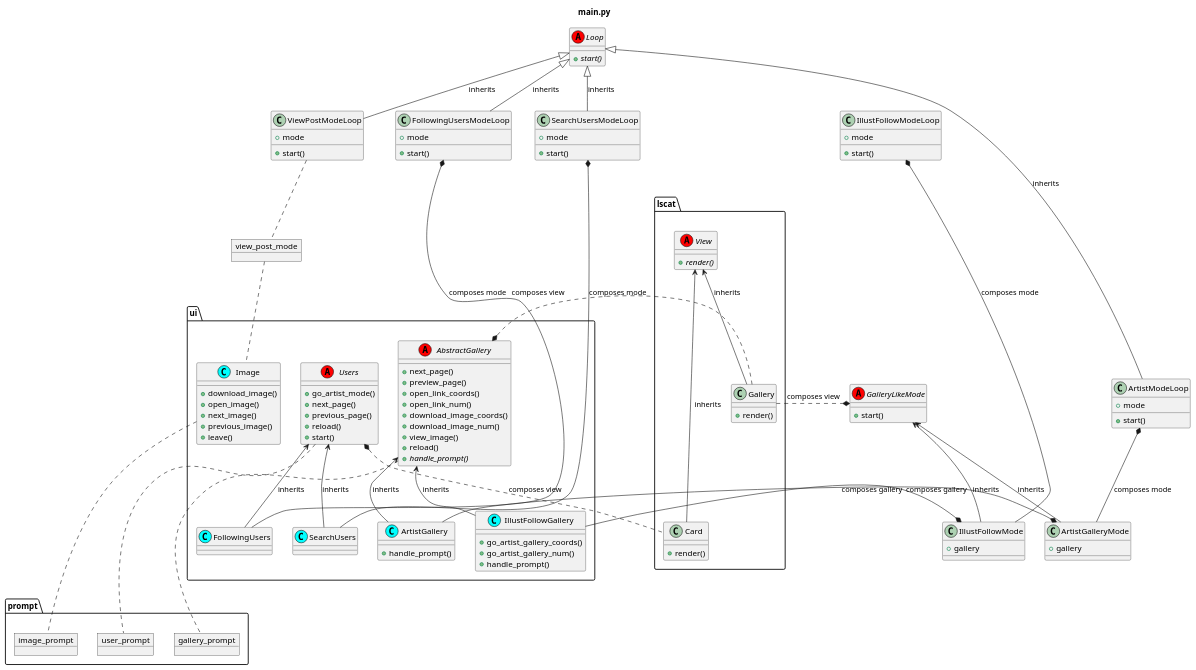
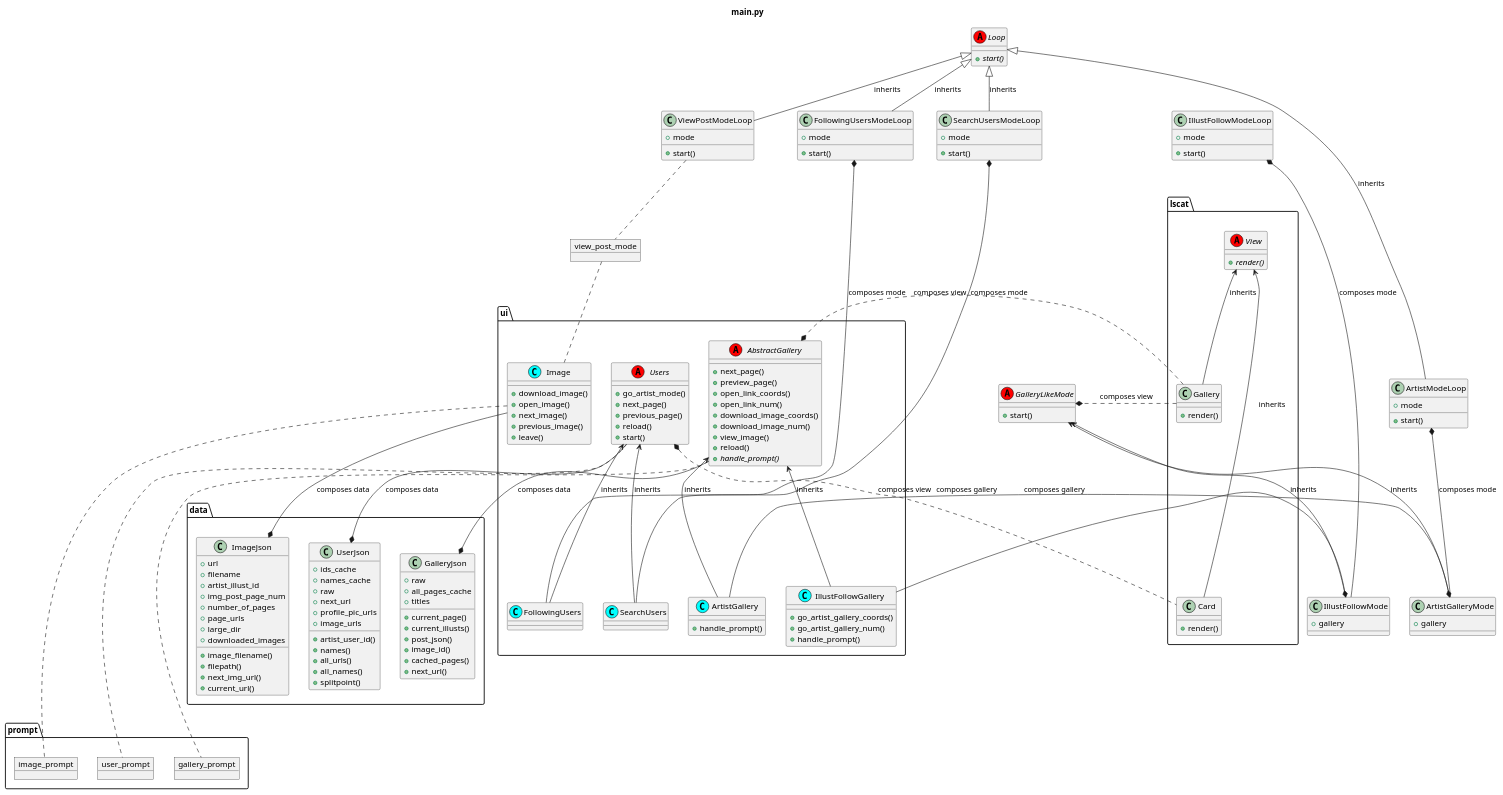
The diagram in classes.puml (akazukin5151/koneko-old), drawn with PlantUML before and after one commit. The commit also changed 3 other files, not shown here.

Commit message:
Flowchart, minor fixes

```diff
--- a/classes.puml
+++ b/classes.puml
@@ -1,148 +1,192 @@
 @startuml
 
 title main.py
 
 abstract class Loop <<(A, red)>>{
   +{abstract}start()
 }
 
 class ArtistModeLoop {
     + mode
     +start()
 }
 class IllustFollowModeLoop {
     + mode
     +start()
 }
 Loop <|-down- ArtistModeLoop: inherits
 Loop <|-down[hidden]- IllustFollowModeLoop: inherits
 
 
 abstract class GalleryLikeMode <<(A, red)>>{
     +start()
 }
 class ArtistGalleryMode {
     + gallery
 }
 class IllustFollowMode {
     + gallery
 }
 abstract class ui.AbstractGallery <<(A, red)>>{
     +next_page()
     +preview_page()
     +open_link_coords()
     +open_link_num()
     +download_image_coords()
     +download_image_num()
     +view_image()
     +reload()
     +{abstract}handle_prompt()
 }
 
 class ui.ArtistGallery <<(C, cyan)>>{
     +handle_prompt()
 }
 class ui.IllustFollowGallery <<(C, cyan)>>{
     +go_artist_gallery_coords()
     +go_artist_gallery_num()
     +handle_prompt()
 }
 GalleryLikeMode <-down- ArtistGalleryMode: inherits
 ArtistModeLoop*-down- ArtistGalleryMode: composes mode
 
 GalleryLikeMode <-down- IllustFollowMode: inherits
 IllustFollowModeLoop*-down- IllustFollowMode: composes mode
 
 ui.AbstractGallery <-down- ui.IllustFollowGallery: inherits
 IllustFollowMode*-down-- ui.IllustFollowGallery: composes gallery
 
 ui.AbstractGallery <-down- ui.ArtistGallery: inherits
 ArtistGalleryMode*-down-- ui.ArtistGallery: composes gallery
 
 ui.ArtistGallery -right[hidden]-> ui.IllustFollowGallery
 
 class ViewPostModeLoop {
     + mode
     +start()
 }
 object view_post_mode
 class ui.Image <<(C, cyan)>>{
     + download_image()
     + open_image()
     + next_image()
     + previous_image()
     + leave()
 }
 
 Loop <|-down- ViewPostModeLoop: inherits
 ViewPostModeLoop .. view_post_mode
 view_post_mode .. ui.Image
 
 
 class FollowingUsersModeLoop {
     + mode
     +start()
 }
 class SearchUsersModeLoop {
     + mode
     +start()
 }
 Loop <|-down- FollowingUsersModeLoop: inherits
 Loop <|-down- SearchUsersModeLoop: inherits
 
 class ui.FollowingUsers <<(C, cyan)>>
 class ui.SearchUsers <<(C, cyan)>>
 abstract class ui.Users <<(A, red)>>{
     +go_artist_mode()
     +next_page()
     +previous_page()
     +reload()
     +start()
 }
 ui.Users <-down- ui.FollowingUsers: inherits
 ui.Users <-down- ui.SearchUsers: inherits
 FollowingUsersModeLoop*-down- ui.FollowingUsers: composes mode
 SearchUsersModeLoop*-down- ui.SearchUsers: composes mode
 
 
 abstract class lscat.View <<(A, red)>>{
     +{abstract}render()
 }
 class lscat.Card {
-    + render()
+    +render()
 }
 class lscat.Gallery {
-    + render()
+    +render()
 }
 
 lscat.View <-right- lscat.Card: inherits
 lscat.View <-down- lscat.Gallery: inherits
 
 ui.Users*.down. lscat.Card: composes view
 GalleryLikeMode*.up lscat.Gallery: composes view
 ui.AbstractGallery*.up lscat.Gallery: composes view
 
 ui.AbstractGallery --up[hidden]-> GalleryLikeMode
 IllustFollowMode -right[hidden]-> ArtistGalleryMode
 ui.SearchUsers -right[hidden]-> IllustFollowMode
 
 GalleryLikeMode -down[hidden]-> ui.IllustFollowGallery
 GalleryLikeMode -down[hidden]-> ui.ArtistGallery
 
 ui.Users -right[hidden]-> GalleryLikeMode
 lscat.Card -up[hidden]-> GalleryLikeMode
 lscat.Card -up[hidden]-> lscat.Gallery
 lscat.Card --up[hidden]-> ui.AbstractGallery
 
 package prompt {
     object user_prompt
     ui.Users .. user_prompt
 
     object gallery_prompt
     ui.AbstractGallery .down. gallery_prompt
 
     object image_prompt
     ui.Image .down..image_prompt
 }
 
+
+class data.GalleryJson {
+    + raw
+    + all_pages_cache
+    + titles
+    +current_page()
+    +current_illusts()
+    +post_json()
+    +image_id()
+    +cached_pages()
+    +next_url()
+}
+class data.ImageJson {
+    + url
+    + filename
+    + artist_illust_id
+    + img_post_page_num
+    + number_of_pages
+    + page_urls
+    + large_dir
+    + downloaded_images
+    +image_filename()
+    +filepath()
+    +next_img_url()
+    +current_url()
+}
+class data.UserJson {
+    + ids_cache
+    + names_cache
+    + raw
+    + next_url
+    + profile_pic_urls
+    + image_urls
+    +artist_user_id()
+    +names()
+    +all_urls()
+    +all_names()
+    +splitpoint()
+}
+
+data.GalleryJson *-up- ui.AbstractGallery: composes data
+data.ImageJson *-up- ui.Image: composes data
+data.UserJson *-up- ui.Users: composes data
+
 @enduml
```
